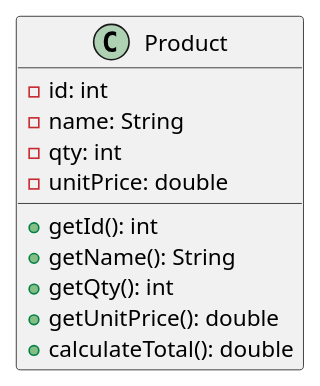
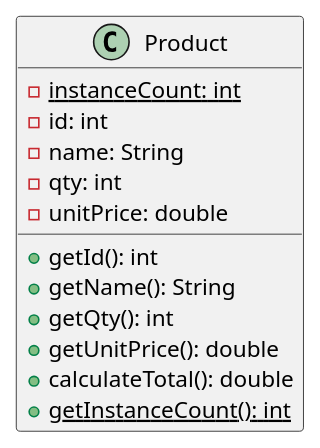
One commit to susantp/class-practise changed the diagram in uml/productapi.puml. Above: the diagram before and after it, drawn with PlantUML.

Commit message:
chore: adding statics

```diff
--- a/uml/productapi.puml
+++ b/uml/productapi.puml
@@ -1,14 +1,16 @@
 @startuml
 class Product {
+    -{static} instanceCount: int
     -id: int
     -name: String
     -qty: int
     -unitPrice: double
     +getId(): int
     +getName(): String
     +getQty(): int
     +getUnitPrice(): double
     +calculateTotal(): double
+    +{static}getInstanceCount(): int
 }
 
 @enduml
```
